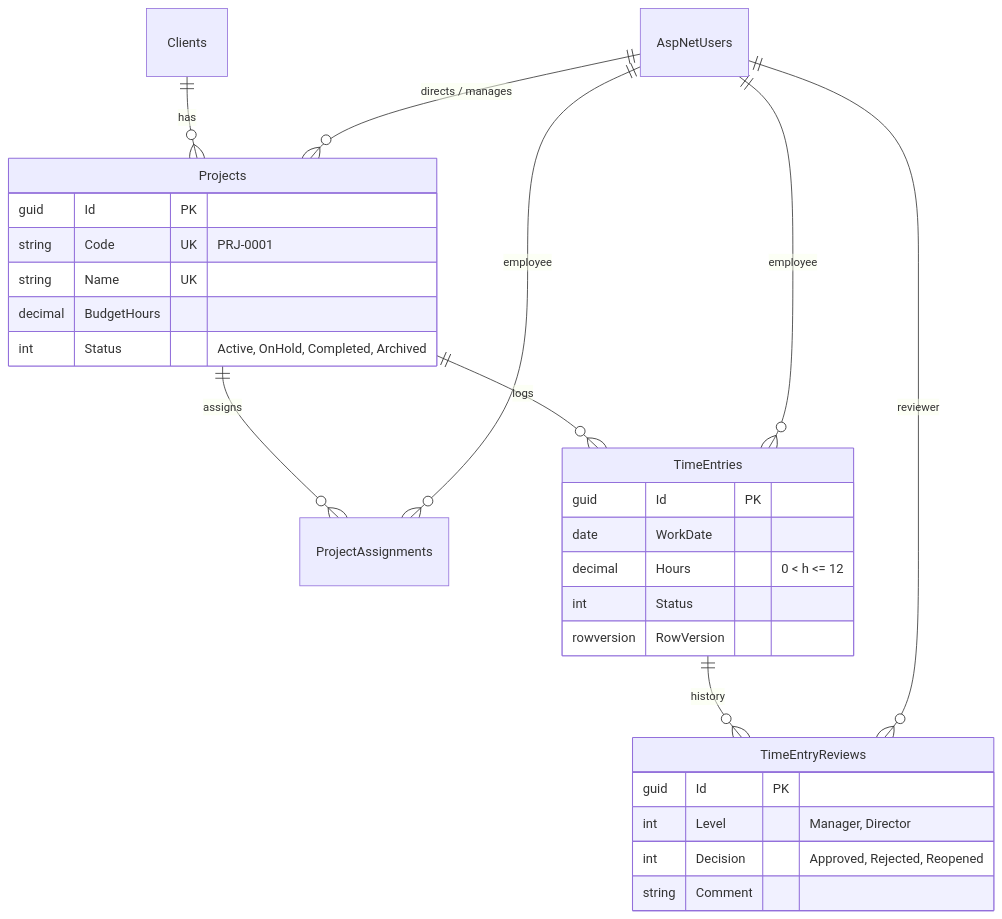
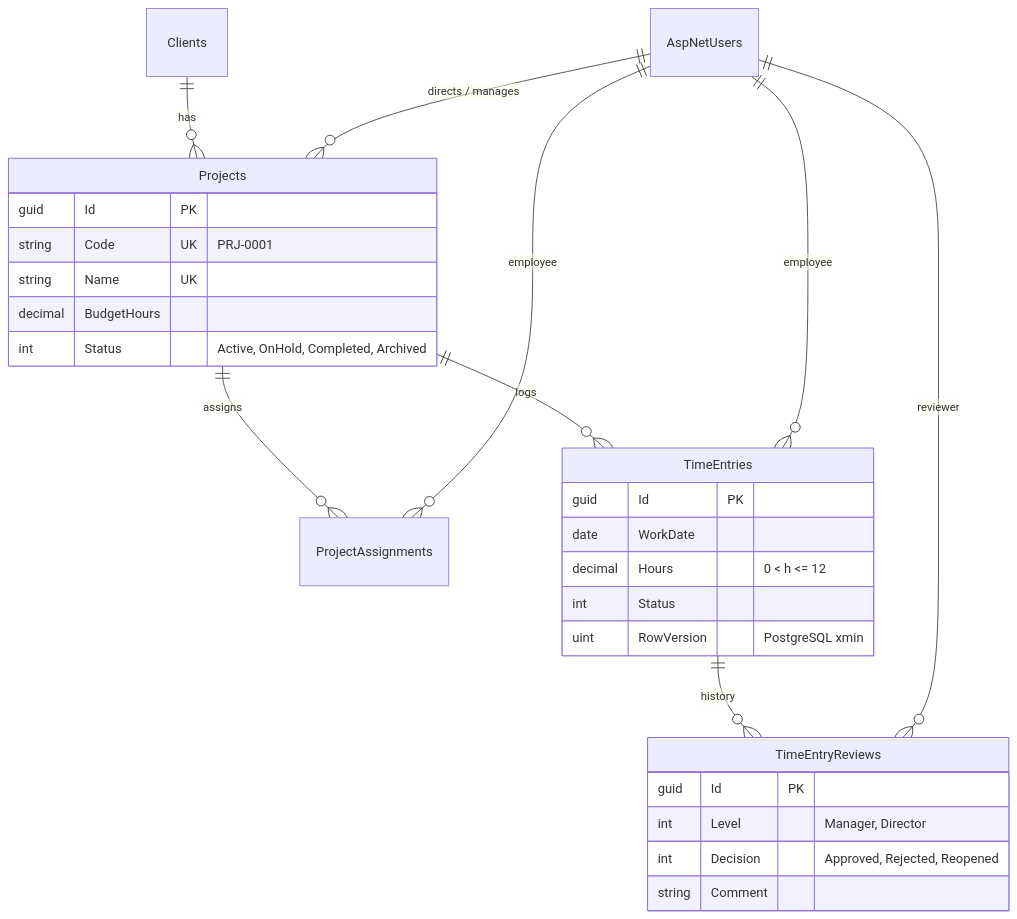
One commit to AbdalruhmanIssa/TimeSheet changed the first of 2 diagrams in README.md. Above: the diagram before and after it, drawn with Mermaid. The commit also changed other lines of this file and 42 other files, not shown here.

Commit message:
Switch database from SQL Server to PostgreSQL

````diff
--- a/README.md
+++ b/README.md
@@ -57,32 +57,32 @@
 ```mermaid
 erDiagram
     Clients ||--o{ Projects : "has"
     Projects ||--o{ ProjectAssignments : "assigns"
     Projects ||--o{ TimeEntries : "logs"
     TimeEntries ||--o{ TimeEntryReviews : "history"
     AspNetUsers ||--o{ Projects : "directs / manages"
     AspNetUsers ||--o{ ProjectAssignments : "employee"
     AspNetUsers ||--o{ TimeEntries : "employee"
     AspNetUsers ||--o{ TimeEntryReviews : "reviewer"
 
     Projects {
         guid Id PK
         string Code UK "PRJ-0001"
         string Name UK
         decimal BudgetHours
         int Status "Active, OnHold, Completed, Archived"
     }
     TimeEntries {
         guid Id PK
         date WorkDate
         decimal Hours "0 < h <= 12"
         int Status
-        rowversion RowVersion
+        uint RowVersion "PostgreSQL xmin"
     }
     TimeEntryReviews {
         guid Id PK
         int Level "Manager, Director"
         int Decision "Approved, Rejected, Reopened"
         string Comment
     }
 ```
````
